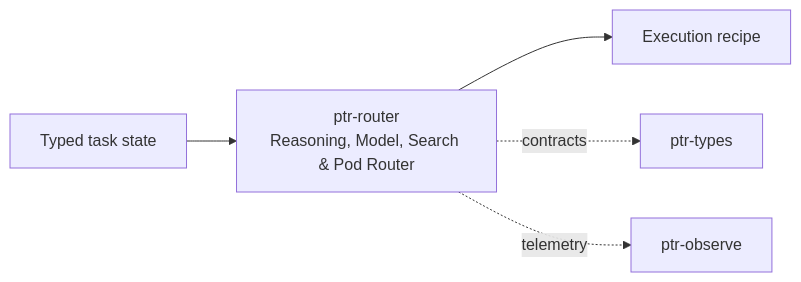
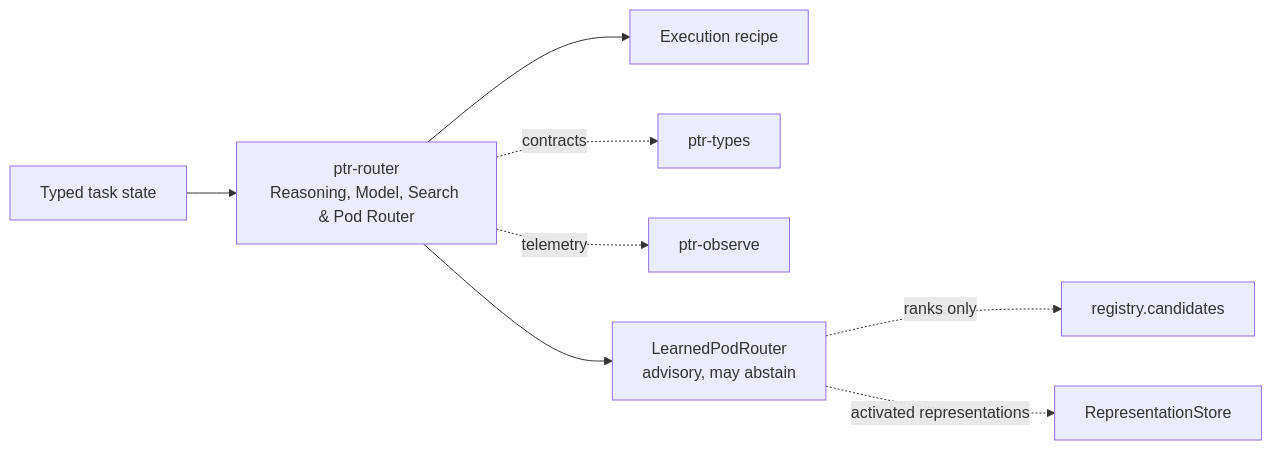
The diagram in docs/diagrams/components/ptr-router.mmd (xrey167/PTR), drawn with Mermaid before and after one commit. The commit also changed 46 other files, not shown here.

```diff
--- a/docs/diagrams/components/ptr-router.mmd
+++ b/docs/diagrams/components/ptr-router.mmd
@@ -1,5 +1,8 @@
 flowchart LR
     A["Typed task state"] --> B["ptr-router\nReasoning, Model, Search & Pod Router"]
     B --> C["Execution recipe"]
     B -. "contracts" .-> T["ptr-types"]
     B -. "telemetry" .-> O["ptr-observe"]
+    B --> L["LearnedPodRouter\nadvisory, may abstain"]
+    L -. "ranks only" .-> P["registry.candidates"]
+    L -. "activated representations" .-> R["RepresentationStore"]
```
